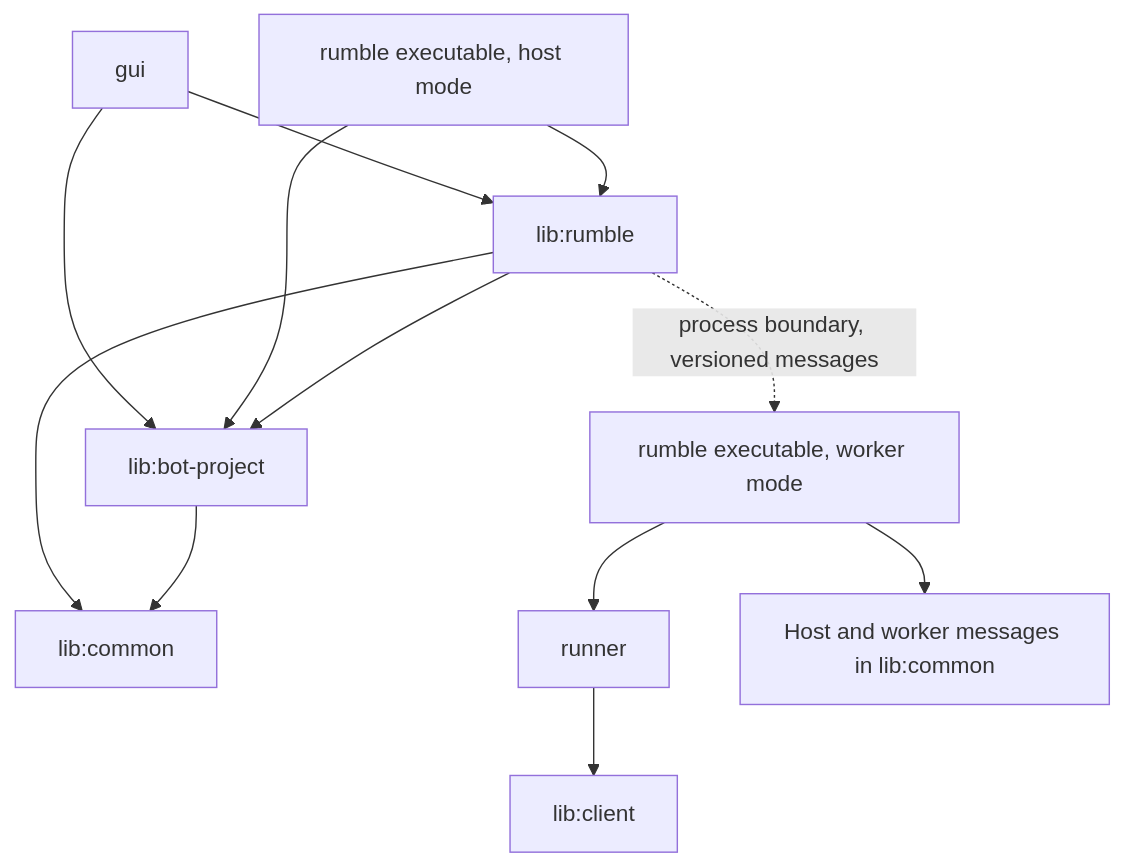
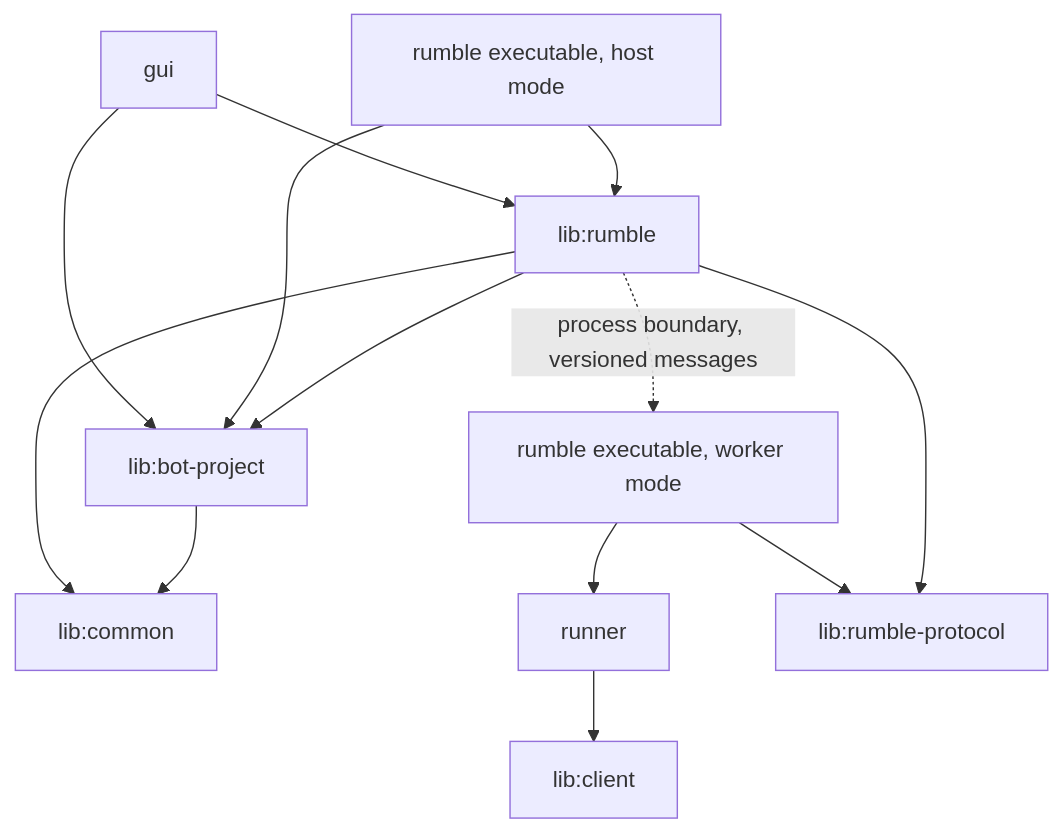
Before and after one commit to robocode-dev/tank-royale: the second of 2 diagrams in docs/design/rumble/participation.md, drawn with Mermaid. The commit also changed other lines of this file and 17 other files, not shown here.

Commit message:
Run one pinned battle in an isolated worker that speaks versioned messages (CH-077)

````diff
--- a/docs/design/rumble/participation.md
+++ b/docs/design/rumble/participation.md
@@ -42,14 +43,15 @@
 ```mermaid
 flowchart TD
     GUI[gui] --> RUMBLE[lib:rumble]
     GUI --> BOTPROJECT[lib:bot-project]
     CLI[rumble executable, host mode] --> RUMBLE
     CLI --> BOTPROJECT
     RUMBLE --> BOTPROJECT
     RUMBLE --> COMMON[lib:common]
     BOTPROJECT --> COMMON
     WORKER[rumble executable, worker mode] --> RUNNER[runner]
-    WORKER --> PROTOCOL[Host and worker messages in lib:common]
+    WORKER --> PROTOCOL[lib:rumble-protocol]
+    RUMBLE --> PROTOCOL
     RUMBLE -. process boundary, versioned messages .-> WORKER
     RUNNER --> CLIENT[lib:client]
 ```
````
